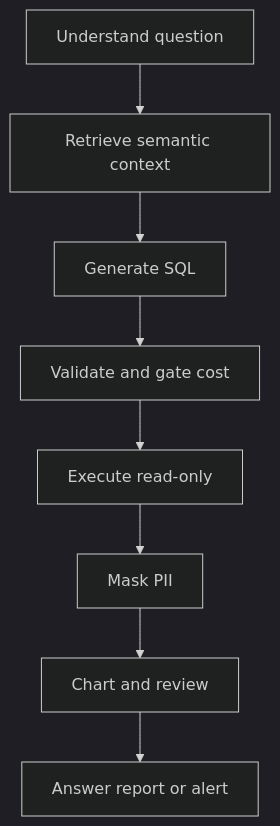
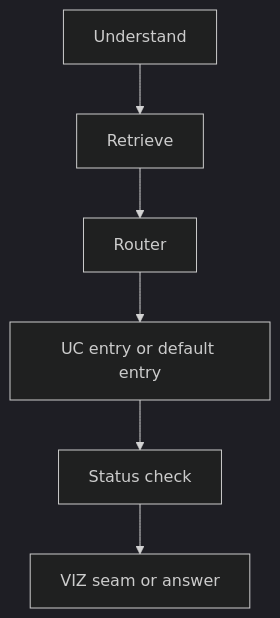
The diagram in openwiki/agent/workflow-architecture.md (NDTruongDanh/SE373-Analytics-Agent), drawn with Mermaid (dark theme) before and after one commit. The commit also changed other lines of this file and 9 other files, not shown here.

````diff
--- a/openwiki/agent/workflow-architecture.md
+++ b/openwiki/agent/workflow-architecture.md
@@ -107,10 +116,4 @@
 ```mermaid
 flowchart TD
-  A["Understand question"] --> B["Retrieve semantic context"]
-  B --> C["Generate SQL"]
-  C --> D["Validate and gate cost"]
-  D --> E["Execute read-only"]
-  E --> F["Mask PII"]
-  F --> G["Chart and review"]
-  G --> H["Answer report or alert"]
+  A["Understand"] --> B["Retrieve"] --> C["Router"] --> D["UC entry or default entry"] --> E["Status check"] --> F["VIZ seam or answer"]
 ```
````
